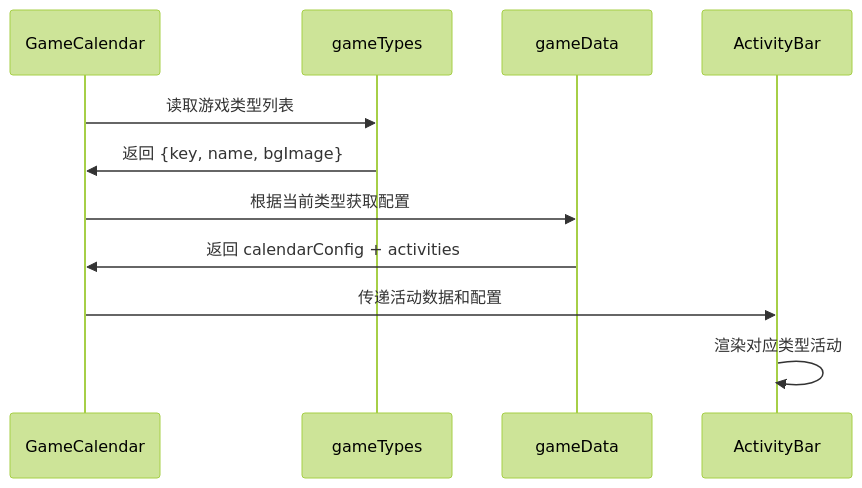
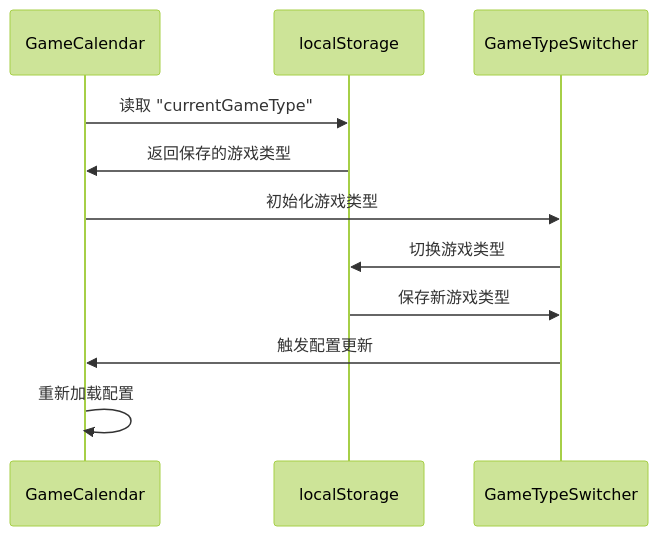
One commit to xuanyulingnfeg/gameCalendar changed the fifth of 10 diagrams in .qoder/repowiki/zh/content/核心组件/GameCalendar 主容器组件.md. Above: the diagram before and after it, drawn with Mermaid (forest theme). The commit also changed other lines of this file and 7 other files, not shown here.

````diff
--- a/.qoder/repowiki/zh/content/核心组件/GameCalendar 主容器组件.md
+++ b/.qoder/repowiki/zh/content/核心组件/GameCalendar 主容器组件.md
@@ -198,13 +279,13 @@
 ```mermaid
 sequenceDiagram
 participant GC as GameCalendar
-participant GT as gameTypes
-participant GD as gameData
-participant AC as ActivityBar
-GC->>GT : 读取游戏类型列表
-GT->>GC : 返回 {key, name, bgImage}
-GC->>GD : 根据当前类型获取配置
-GD->>GC : 返回 calendarConfig + activities
-GC->>AC : 传递活动数据和配置
-AC->>AC : 渲染对应类型活动
+participant LS as localStorage
+participant GT as GameTypeSwitcher
+GC->>LS : 读取 "currentGameType"
+LS->>GC : 返回保存的游戏类型
+GC->>GT : 初始化游戏类型
+GT->>LS : 切换游戏类型
+LS->>GT : 保存新游戏类型
+GT->>GC : 触发配置更新
+GC->>GC : 重新加载配置
 ```
````
